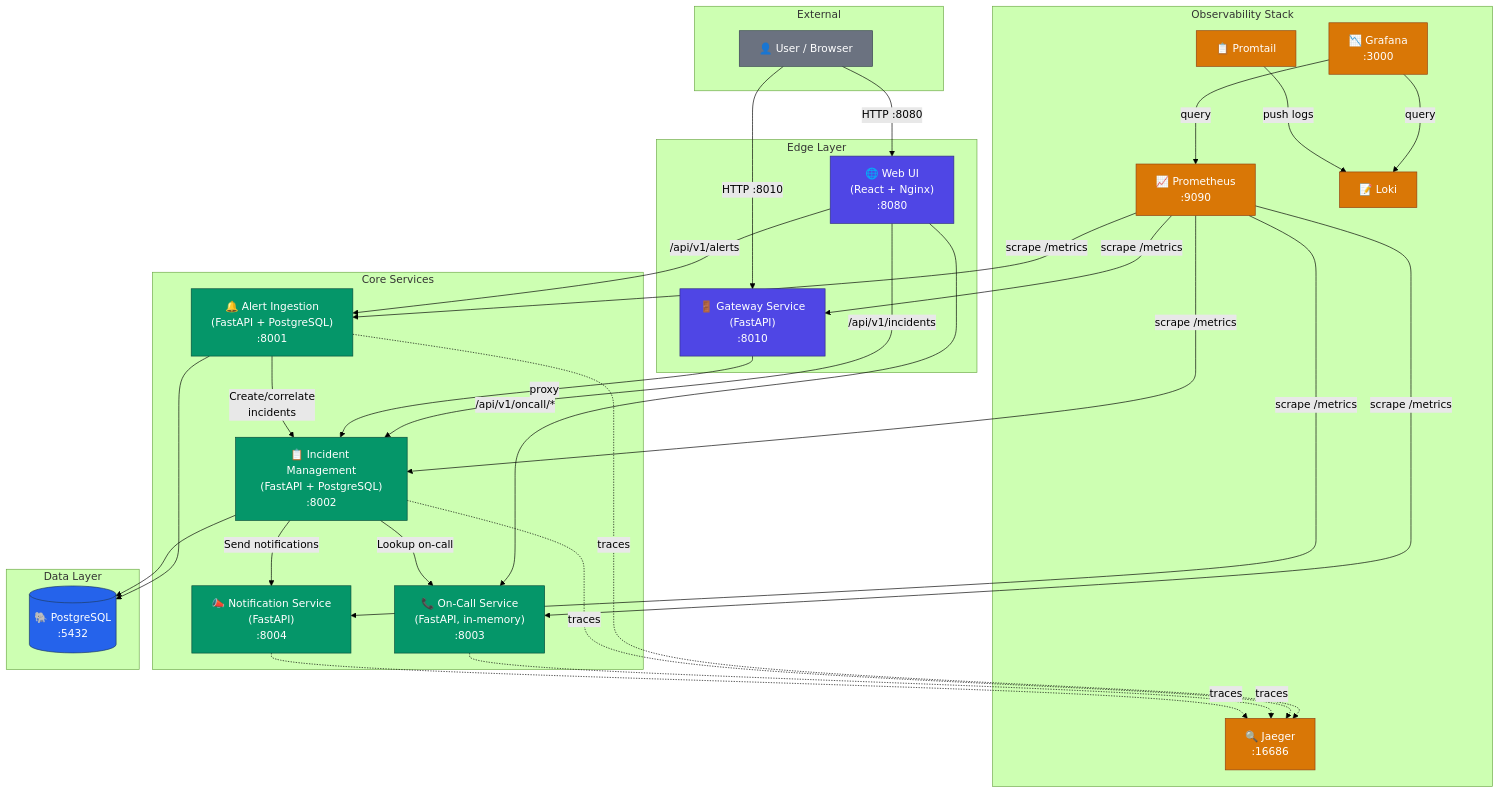
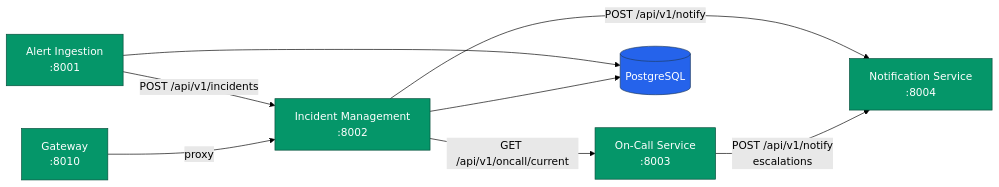
Before and after one commit to Wayde-Ouadie/OpenSource-SRE: the first of 2 diagrams in docs/ARCHITECTURE.md, drawn with Mermaid (forest theme). The commit also changed other lines of this file, not shown here.

Commit message:
docs: rewrite architecture.md for clarity
- Replace cluttered Mermaid system overview with clean ASCII diagram
- Separate service communication into its own focused Mermaid graph
- Clean up sequence diagram labels
- Add Observability section with dashboard table
- Keep deployment topology table unchanged

````diff
--- a/docs/ARCHITECTURE.md
+++ b/docs/ARCHITECTURE.md
@@ -5,69 +42,15 @@
 ```mermaid
-graph TB
-    subgraph "External"
-        USER["👤 User / Browser"]
-    end
+graph LR
+    AI[Alert Ingestion<br/>:8001] -->|POST /api/v1/incidents| IM[Incident Management<br/>:8002]
+    IM -->|GET /api/v1/oncall/current| OC[On-Call Service<br/>:8003]
+    IM -->|POST /api/v1/notify| NS[Notification Service<br/>:8004]
+    OC -->|POST /api/v1/notify<br/>escalations| NS
+    AI --> DB[(PostgreSQL)]
+    IM --> DB
+    GW[Gateway<br/>:8010] -->|proxy| IM
 
-    subgraph "Edge Layer"
-        WEBUI["🌐 Web UI<br/>(React + Nginx)<br/>:8080"]
-        GW["🚪 Gateway Service<br/>(FastAPI)<br/>:8010"]
-    end
-
-    subgraph "Core Services"
-        AI["🔔 Alert Ingestion<br/>(FastAPI + PostgreSQL)<br/>:8001"]
-        IM["📋 Incident Management<br/>(FastAPI + PostgreSQL)<br/>:8002"]
-        OC["📞 On-Call Service<br/>(FastAPI, in-memory)<br/>:8003"]
-        NS["📣 Notification Service<br/>(FastAPI)<br/>:8004"]
-    end
-
-    subgraph "Observability Stack"
-        PROM["📈 Prometheus<br/>:9090"]
-        GRAF["📉 Grafana<br/>:3000"]
-        LOKI["📝 Loki"]
-        PROMTAIL["📋 Promtail"]
-        JAEGER["🔍 Jaeger<br/>:16686"]
-    end
-
-    subgraph "Data Layer"
-        PG[("🐘 PostgreSQL<br/>:5432")]
-    end
-
-    USER -->|"HTTP :8080"| WEBUI
-    USER -->|"HTTP :8010"| GW
-    WEBUI -->|"/api/v1/alerts"| AI
-    WEBUI -->|"/api/v1/incidents"| IM
-    WEBUI -->|"/api/v1/oncall/*"| OC
-    GW -->|"proxy"| IM
-
-    AI -->|"Create/correlate<br/>incidents"| IM
-    IM -->|"Lookup on-call"| OC
-    IM -->|"Send notifications"| NS
-
-    AI --> PG
-    IM --> PG
-
-    PROM -->|"scrape /metrics"| AI
-    PROM -->|"scrape /metrics"| IM
-    PROM -->|"scrape /metrics"| OC
-    PROM -->|"scrape /metrics"| NS
-    PROM -->|"scrape /metrics"| GW
-    GRAF -->|"query"| PROM
-    GRAF -->|"query"| LOKI
-    PROMTAIL -->|"push logs"| LOKI
-    AI -.->|"traces"| JAEGER
-    IM -.->|"traces"| JAEGER
-    OC -.->|"traces"| JAEGER
-    NS -.->|"traces"| JAEGER
-
-    classDef edge fill:#4F46E5,stroke:#312E81,color:#fff
-    classDef core fill:#059669,stroke:#064E3B,color:#fff
-    classDef obs fill:#D97706,stroke:#92400E,color:#fff
-    classDef data fill:#2563EB,stroke:#1E3A5F,color:#fff
-    classDef ext fill:#6B7280,stroke:#374151,color:#fff
-
-    class USER ext
-    class WEBUI,GW edge
-    class AI,IM,OC,NS core
-    class PROM,GRAF,LOKI,PROMTAIL,JAEGER obs
-    class PG data
+    classDef svc fill:#059669,stroke:#064E3B,color:#fff
+    classDef db fill:#2563EB,stroke:#1E3A5F,color:#fff
+    class AI,IM,OC,NS,GW svc
+    class DB db
 ```
````
